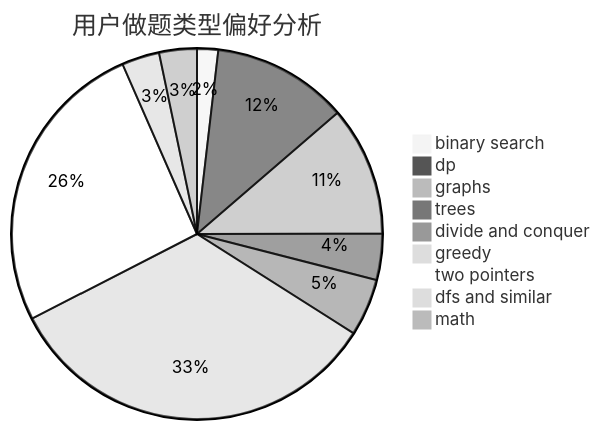
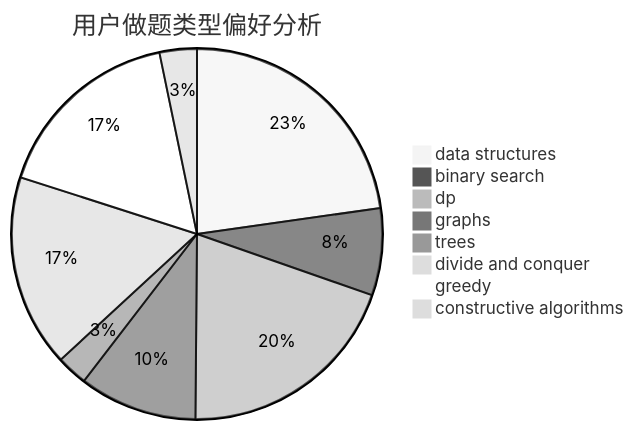
The second of 3 diagrams in docs/user/u891.md (sherpahu/cfrs.github.io), drawn with Mermaid (neutral theme) before and after one commit. The commit also changed other lines of this file and 2775 other files, not shown here.

````diff
--- a/docs/user/u891.md
+++ b/docs/user/u891.md
@@ -23,12 +23,11 @@
 ```mermaid
 pie title 用户做题类型偏好分析
+    "data structures" :  84
     "binary search" :  28
-    "dp" :  180
-    "graphs" :  172
-    "trees" :  61
-    "divide and conquer" :  76
-    "greedy" :  509
-    "two pointers" :  395
-    "dfs and similar" :  50
-    "math" :  50
+    "dp" :  73
+    "graphs" :  38
+    "trees" :  10
+    "divide and conquer" :  62
+    "greedy" :  62
+    "constructive algorithms" :  12
 ```
````
